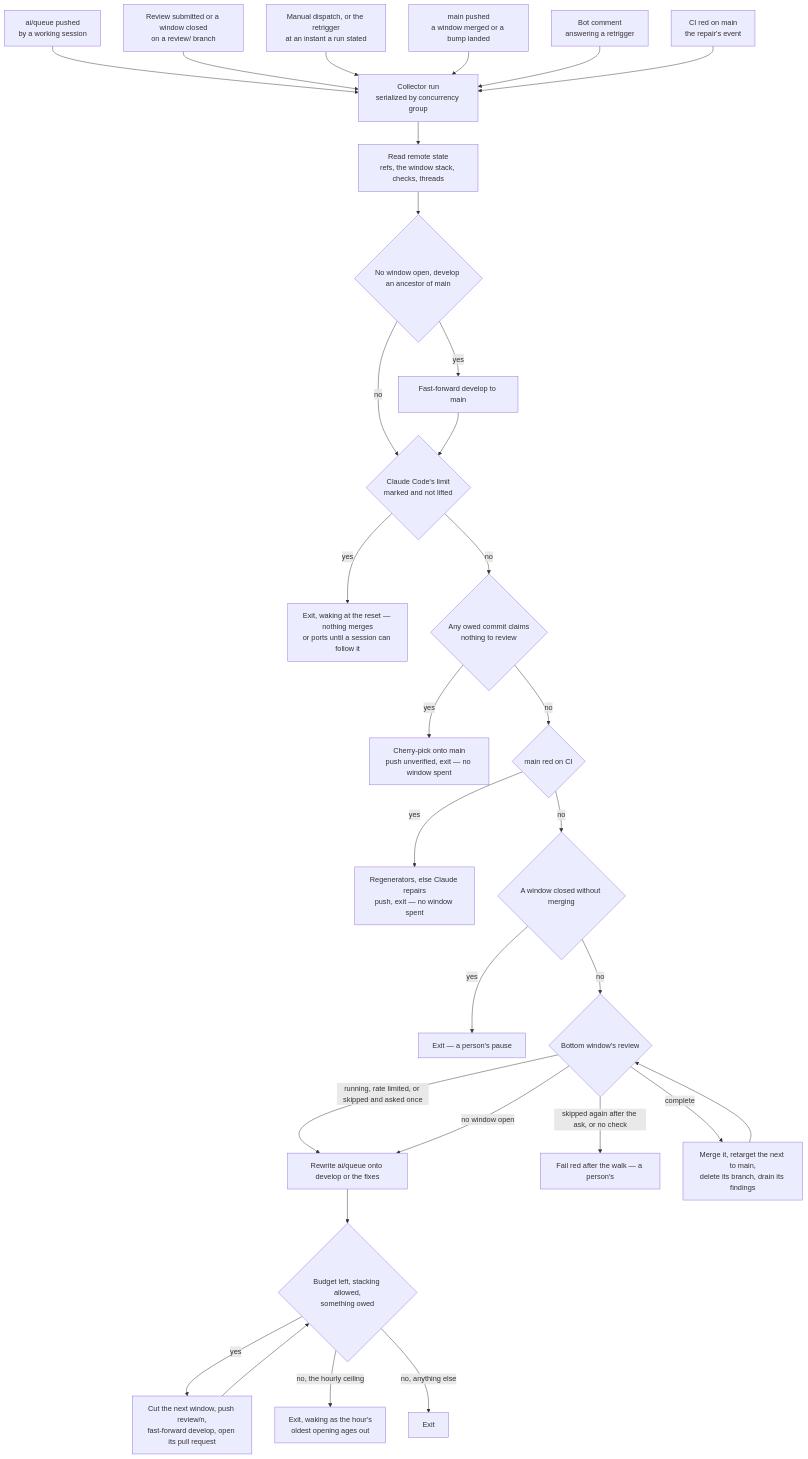
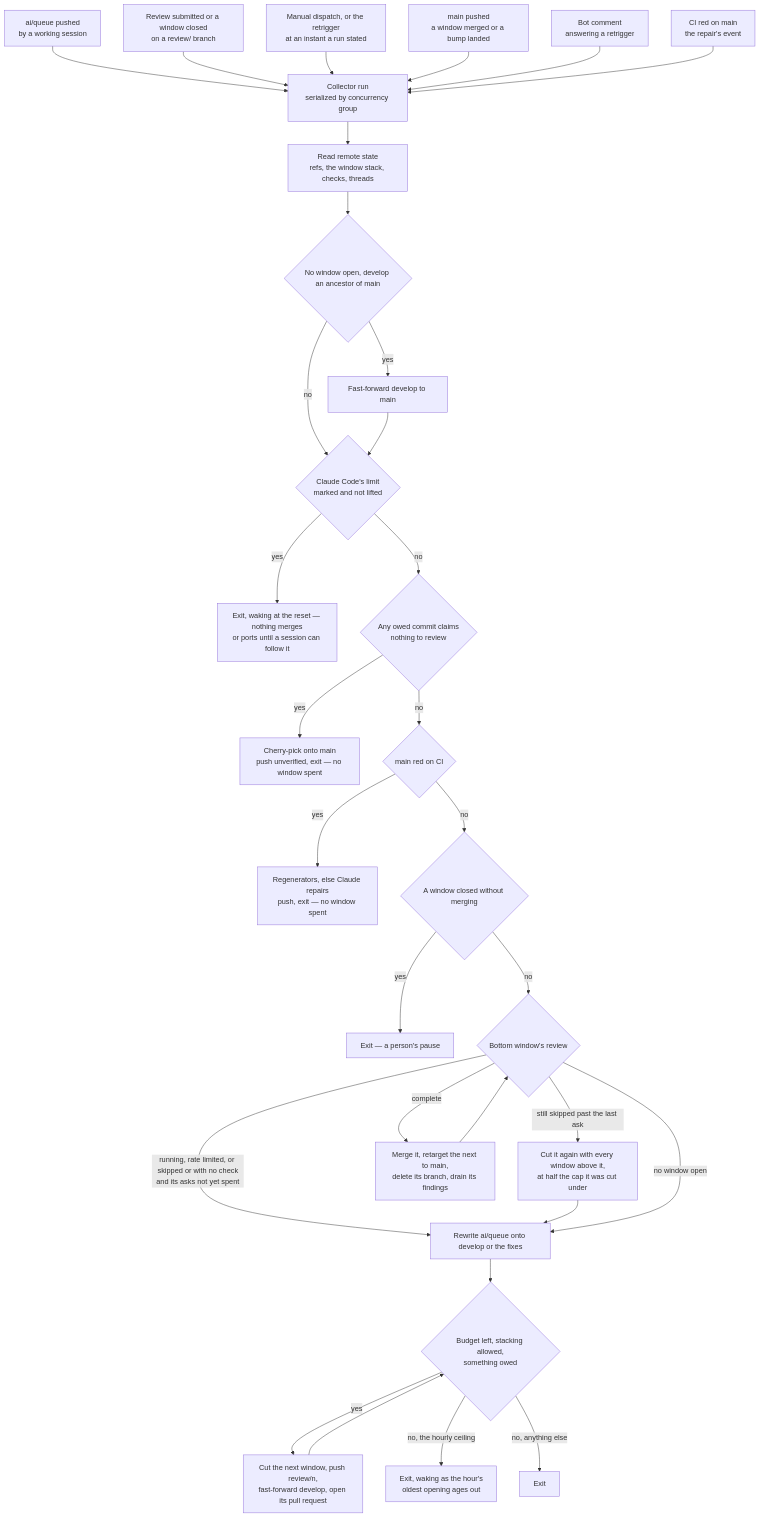
The diagram in apps/web/content/docs/infra/review-collector/index.md (Esposter/Esposter), drawn with Mermaid before and after one commit. The commit also changed 1 other file, not shown here.

Commit message:
docs(review-collector): a window skipped past its last ask is cut again at half its cap, and nothing in the walk fails the run
Answers: 4236037710

````diff
--- a/apps/web/content/docs/infra/review-collector/index.md
+++ b/apps/web/content/docs/infra/review-collector/index.md
@@ -37,30 +37,30 @@
 ```mermaid
 flowchart TD
   A[ai/queue pushed<br/>by a working session] --> C
   F[Review submitted or a window closed<br/>on a review/ branch] --> C
   D[Manual dispatch, or the retrigger<br/>at an instant a run stated] --> C
   MN[main pushed<br/>a window merged or a bump landed] --> C
   CM[Bot comment<br/>answering a retrigger] --> C
   CI[CI red on main<br/>the repair's event] --> C
   C[Collector run<br/>serialized by concurrency group] --> R[Read remote state<br/>refs, the window stack, checks, threads]
   R --> RS{No window open, develop an ancestor of main}
   RS -->|yes| FF[Fast-forward develop to main]
   RS -->|no| LM
   FF --> LM{Claude Code's limit<br/>marked and not lifted}
   LM -->|yes| LX[Exit, waking at the reset — nothing merges<br/>or ports until a session can follow it]
   LM -->|no| E{Any owed commit claims<br/>nothing to review}
   E -->|yes| EP[Cherry-pick onto main<br/>push unverified, exit — no window spent]
   E -->|no| MR{main red on CI}
   MR -->|yes| RG[Regenerators, else Claude repairs<br/>push, exit — no window spent]
   MR -->|no| CL{A window closed without merging}
   CL -->|yes| PZ[Exit — a person's pause]
   CL -->|no| BW{Bottom window's review}
-  BW -->|running, rate limited, or skipped and asked once| SY
-  BW -->|skipped again after the ask, or no check| RD[Fail red after the walk — a person's]
+  BW -->|running, rate limited, or skipped or with no check<br/>and its asks not yet spent| SY
+  BW -->|still skipped past the last ask| RC[Cut it again with every window above it,<br/>at half the cap it was cut under] --> SY
   BW -->|complete| MG[Merge it, retarget the next to main,<br/>delete its branch, drain its findings] --> BW
   BW -->|no window open| SY
   SY[Rewrite ai/queue onto develop or the fixes] --> OB{Budget left, stacking allowed,<br/>something owed}
   OB -->|yes| W[Cut the next window, push review/n,<br/>fast-forward develop, open its pull request] --> OB
   OB -->|no, the hourly ceiling| XC[Exit, waking as the hour's<br/>oldest opening ages out]
   OB -->|no, anything else| X[Exit]
 ```
````
